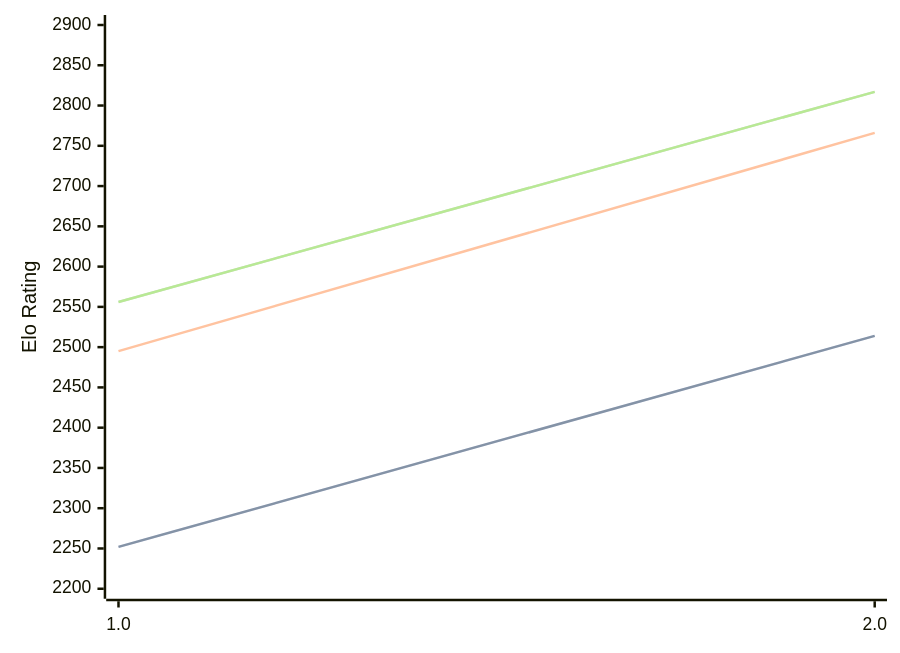
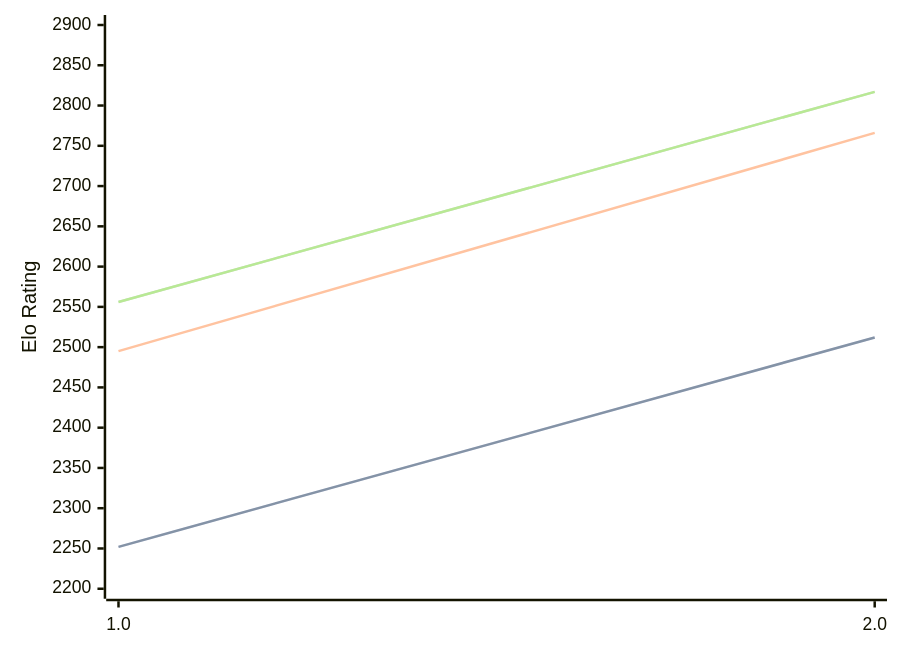
Before and after one commit to computer-chess-index/cci: the diagram in engines/Revolver.md, drawn with Mermaid. The commit also changed other lines of this file, not shown here.

````diff
--- a/engines/Revolver.md
+++ b/engines/Revolver.md
@@ -32,11 +32,11 @@
 ```mermaid
 %%{init: {"theme":"base","themeVariables":{"seriesColors:['#a3a3a3','#222221','#faa371']}}}%%
 xychart-beta
   x-axis ["1.0", "2.0"]
   y-axis "Elo Rating" 2200 --> 2900
-  line "STC (8.0+0.08s)" [2252, 2514]
-  line "STC (8.0+0.08s)" [2252, 2514]
+  line "STC (8.0+0.08s)" [2252, 2512]
+  line "STC (8.0+0.08s)" [2252, 2512]
   line "LTC (60.0+0.60s)" [2495, 2766]
   line "VLTC (2m24s+1.12s)" [2556, 2817]
   line "VLTC (2m24s+1.12s)" [2556, 2817]
 ```
````
